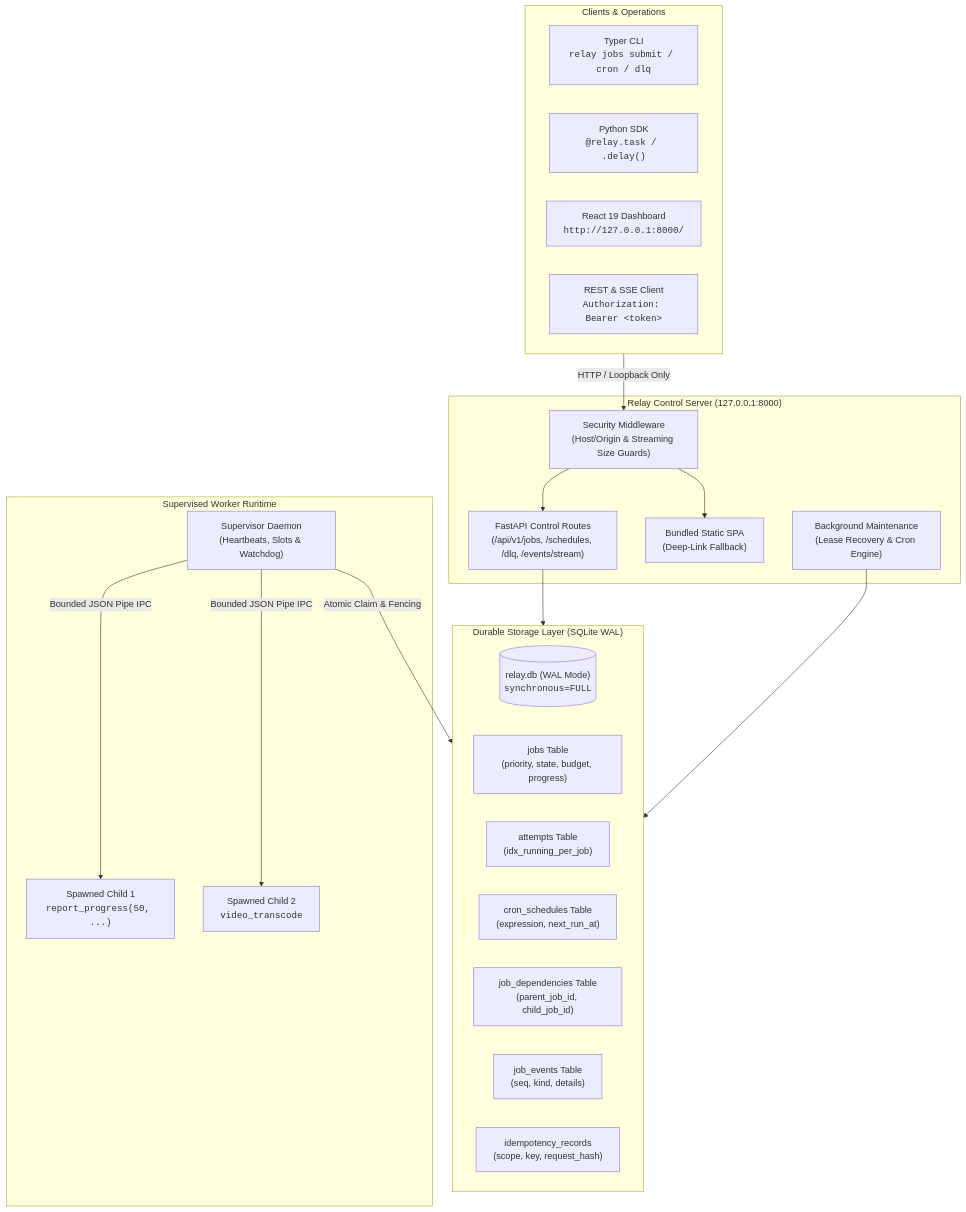
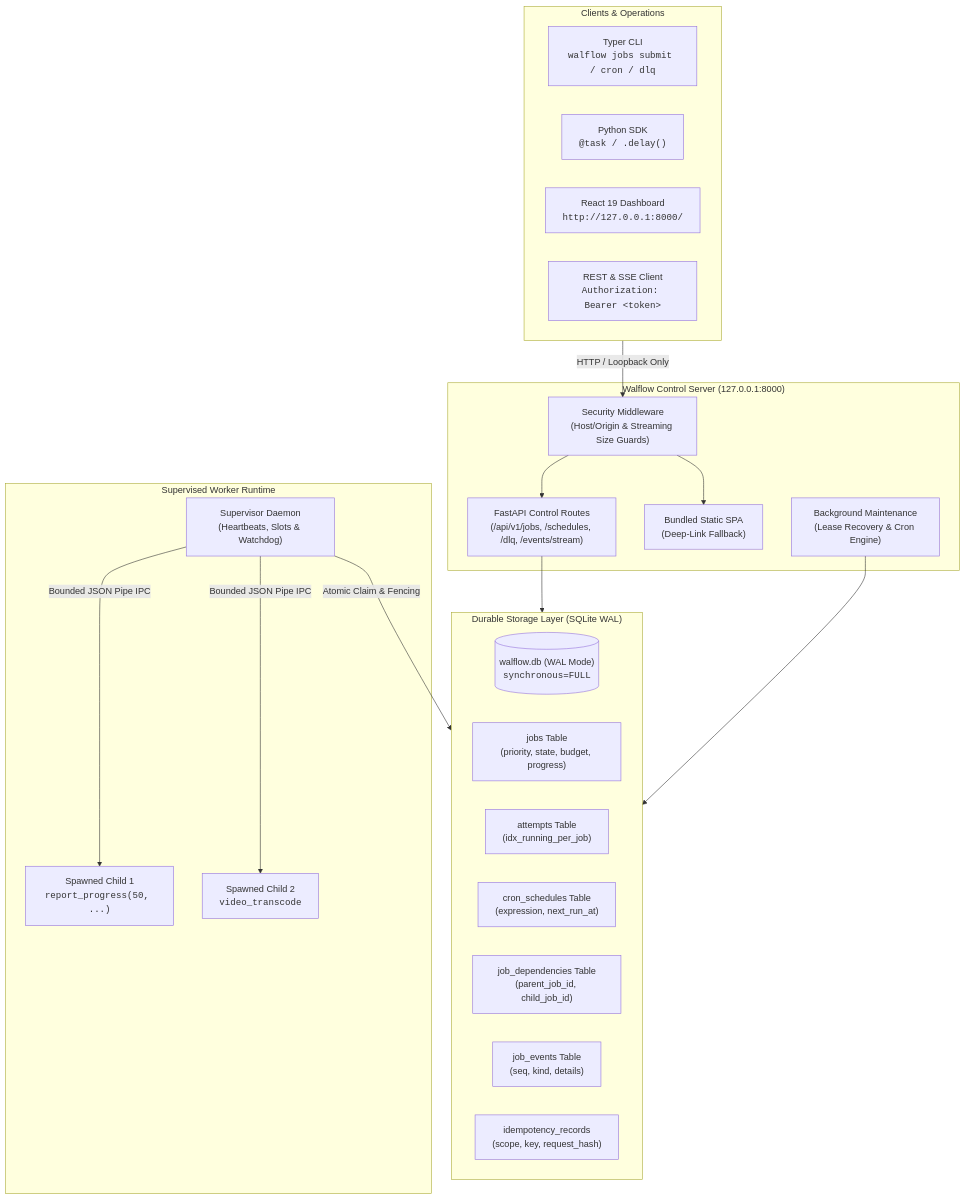
One commit to AryamanSharma14/resumeproject changed the first of 2 diagrams in README.md. Above: the diagram before and after it, drawn with Mermaid. The commit also changed other lines of this file and 108 other files, not shown here.

Commit message:
Rebrand background job engine to Walflow (walflow): package, SDK, CLI, and docs

````diff
--- a/README.md
+++ b/README.md
@@ -26,41 +26,41 @@
 ```mermaid
 flowchart TD
     subgraph Clients["Clients & Operations"]
-        CLI["Typer CLI<br/><code>relay jobs submit / cron / dlq</code>"]
-        SDK["Python SDK<br/><code>@relay.task / .delay()</code>"]
+        CLI["Typer CLI<br/><code>walflow jobs submit / cron / dlq</code>"]
+        SDK["Python SDK<br/><code>@task / .delay()</code>"]
         Browser["React 19 Dashboard<br/><code>http://127.0.0.1:8000/</code>"]
         ExtAPI["REST & SSE Client<br/><code>Authorization: Bearer &lt;token&gt;</code>"]
     end
 
-    subgraph Service["Relay Control Server (127.0.0.1:8000)"]
+    subgraph Service["Walflow Control Server (127.0.0.1:8000)"]
         SecMid["Security Middleware<br/>(Host/Origin & Streaming Size Guards)"]
         FastAPI["FastAPI Control Routes<br/>(/api/v1/jobs, /schedules, /dlq, /events/stream)"]
         Static["Bundled Static SPA<br/>(Deep-Link Fallback)"]
         Recovery["Background Maintenance<br/>(Lease Recovery & Cron Engine)"]
     end
 
     subgraph Engine["Durable Storage Layer (SQLite WAL)"]
-        DB[("relay.db (WAL Mode)<br/><code>synchronous=FULL</code>")]
+        DB[("walflow.db (WAL Mode)<br/><code>synchronous=FULL</code>")]
         T_Jobs["jobs Table<br/>(priority, state, budget, progress)"]
         T_Attempts["attempts Table<br/>(idx_running_per_job)"]
         T_Schedules["cron_schedules Table<br/>(expression, next_run_at)"]
         T_Deps["job_dependencies Table<br/>(parent_job_id, child_job_id)"]
         T_Events["job_events Table<br/>(seq, kind, details)"]
         T_Idemp["idempotency_records<br/>(scope, key, request_hash)"]
     end
 
     subgraph Workers["Supervised Worker Runtime"]
         Supervisor["Supervisor Daemon<br/>(Heartbeats, Slots & Watchdog)"]
         Child1["Spawned Child 1<br/><code>report_progress(50, ...)</code>"]
         Child2["Spawned Child 2<br/><code>video_transcode</code>"]
     end
 
     Clients -->|HTTP / Loopback Only| SecMid
     SecMid --> FastAPI
     SecMid --> Static
     FastAPI --> Engine
     Recovery --> Engine
     Supervisor -->|Atomic Claim & Fencing| Engine
     Supervisor -->|Bounded JSON Pipe IPC| Child1
     Supervisor -->|Bounded JSON Pipe IPC| Child2
 ```
````
